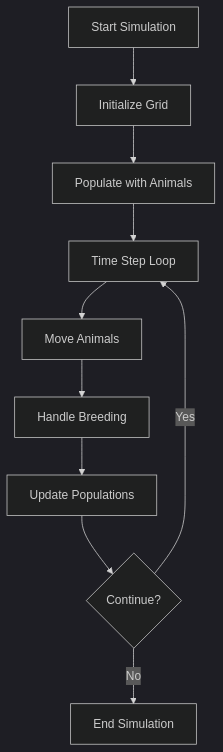
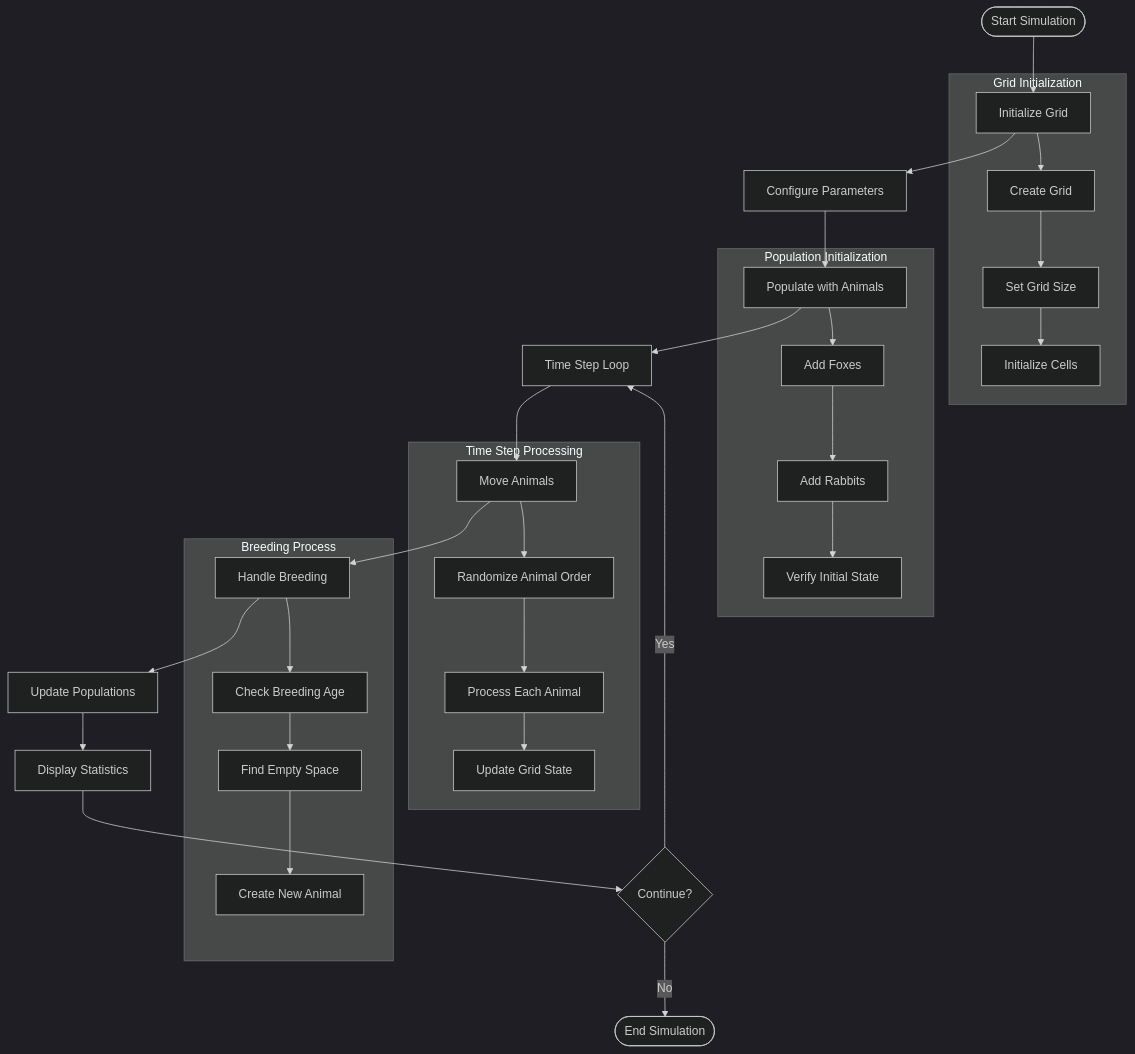
The third of 4 diagrams in README.md (MorfidisJ/FoxesVSRabbits-Java), drawn with Mermaid (dark theme) before and after one commit. The commit also changed other lines of this file, not shown here.

````diff
--- a/README.md
+++ b/README.md
@@ -81,12 +163,44 @@
 ```mermaid
 flowchart TD
-    A[Start Simulation] --> B[Initialize Grid]
-    B --> C[Populate with Animals]
-    C --> D[Time Step Loop]
-    D --> E[Move Animals]
-    E --> F[Handle Breeding]
-    F --> G[Update Populations]
-    G --> H{Continue?}
-    H -->|Yes| D
-    H -->|No| I[End Simulation]
+    %% Main Simulation Flow
+    Start([Start Simulation]) --> Init[Initialize Grid]
+    Init --> Config[Configure Parameters]
+    Config --> Populate[Populate with Animals]
+    
+    %% Time Step Loop
+    Populate --> TimeStep[Time Step Loop]
+    TimeStep --> Move[Move Animals]
+    Move --> Breed[Handle Breeding]
+    Breed --> Update[Update Populations]
+    Update --> Display[Display Statistics]
+    
+    %% Decision Points
+    Display --> Continue{Continue?}
+    Continue -->|Yes| TimeStep
+    Continue -->|No| End([End Simulation])
+    
+    %% Subprocesses
+    subgraph "Grid Initialization"
+        Init --> CreateGrid[Create Grid]
+        CreateGrid --> SetSize[Set Grid Size]
+        SetSize --> InitCells[Initialize Cells]
+    end
+    
+    subgraph "Population Initialization"
+        Populate --> AddFoxes[Add Foxes]
+        AddFoxes --> AddRabbits[Add Rabbits]
+        AddRabbits --> Verify[Verify Initial State]
+    end
+    
+    subgraph "Time Step Processing"
+        Move --> Randomize[Randomize Animal Order]
+        Randomize --> ProcessMove[Process Each Animal]
+        ProcessMove --> UpdateGrid[Update Grid State]
+    end
+    
+    subgraph "Breeding Process"
+        Breed --> CheckAge[Check Breeding Age]
+        CheckAge --> FindSpace[Find Empty Space]
+        FindSpace --> CreateBaby[Create New Animal]
+    end
 ```
````
